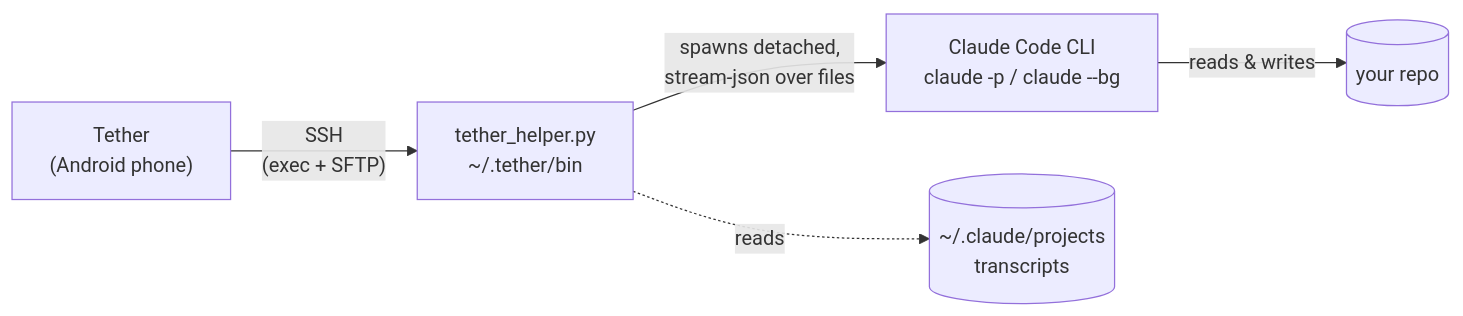
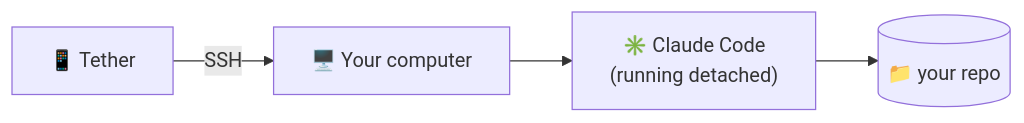
The diagram in README.md (iwm911/Tether), drawn with Mermaid before and after one commit. The commit also changed other lines of this file and 12 other files, not shown here.

````diff
--- a/README.md
+++ b/README.md
@@ -80,7 +109,6 @@
 ```mermaid
 flowchart LR
-    phone["Tether<br/>(Android phone)"] -- "SSH<br/>(exec + SFTP)" --> helper["tether_helper.py<br/>~/.tether/bin"]
-    helper -- "spawns detached,<br/>stream-json over files" --> claude["Claude Code CLI<br/>claude -p / claude --bg"]
-    claude -- "reads & writes" --> repo[("your repo")]
-    helper -. "reads" .-> transcripts[("~/.claude/projects<br/>transcripts")]
+    phone["📱 Tether"] -- "SSH" --> machine["🖥️ Your computer"]
+    machine --> claude["✳️ Claude Code<br/>(running detached)"]
+    claude --> repo[("📁 your repo")]
 ```
````
